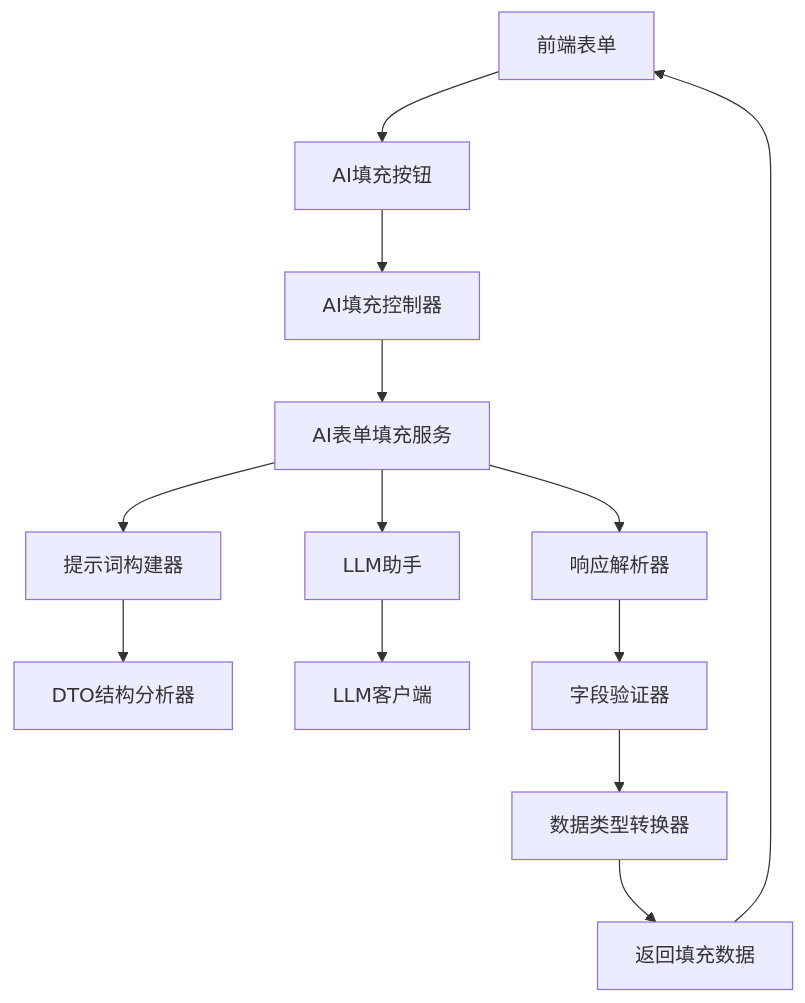
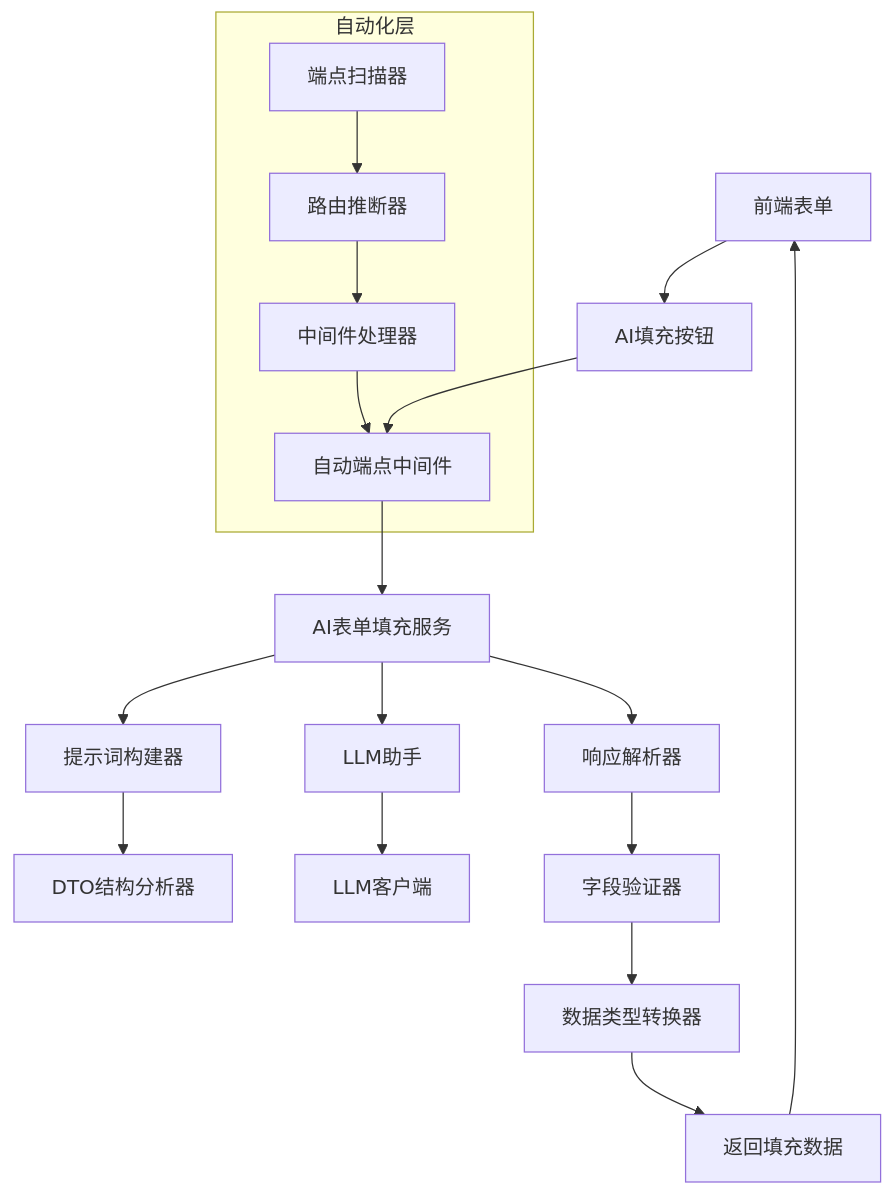
One commit to jianyuyanyu/CodeSpirit changed the diagram in Docs/03-Core-Components/CodeSpirit.AI表单智能填充组件使用指南.md. Above: the diagram before and after it, drawn with Mermaid. The commit also changed other lines of this file and 22 other files, not shown here.

````diff
--- a/Docs/03-Core-Components/CodeSpirit.AI表单智能填充组件使用指南.md
+++ b/Docs/03-Core-Components/CodeSpirit.AI表单智能填充组件使用指南.md
@@ -38,15 +41,21 @@
 ```mermaid
 graph TB
     A[前端表单] --> B[AI填充按钮]
-    B --> C[AI填充控制器]
+    B --> C[自动端点中间件]
     C --> D[AI表单填充服务]
     D --> E[提示词构建器]
     D --> F[LLM助手]
     D --> G[响应解析器]
     E --> H[DTO结构分析器]
     F --> I[LLM客户端]
     G --> J[字段验证器]
     J --> K[数据类型转换器]
     K --> L[返回填充数据]
     L --> A
+    
+    subgraph "自动化层"
+        M[端点扫描器] --> N[路由推断器]
+        N --> O[中间件处理器]
+        O --> C
+    end
 ```
````
